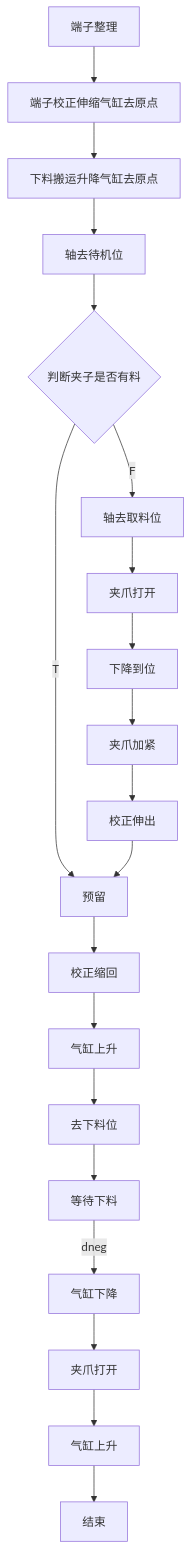
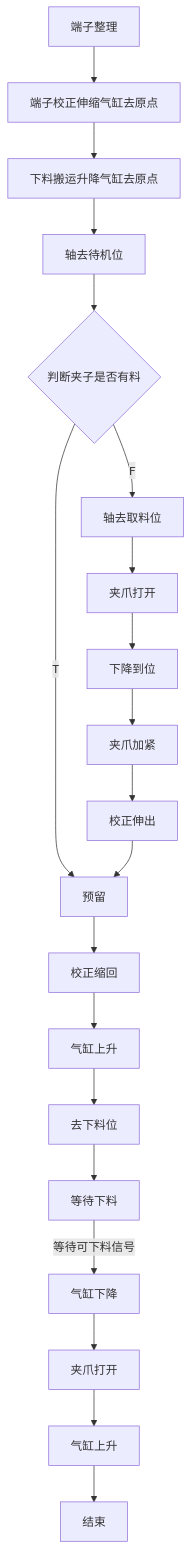
One commit to zmq000/iodraw-files changed the diagram in all/VR-OP90端子整理.md. Above: the diagram before and after it, drawn with Mermaid.

Commit message:
2026-06-18 11:04:33 update

````diff
--- a/all/VR-OP90端子整理.md
+++ b/all/VR-OP90端子整理.md
@@ -1,26 +1,26 @@
 ```mermaid
 graph TD
 0[端子整理]-->10
 10[端子校正伸缩气缸去原点]-->20
 20[下料搬运升降气缸去原点]-->30
 30[轴去待机位]-->40
 40{判断夹子是否有料}-->|T|100
 40-->|F|50
 50[轴去取料位]-->60
 60[夹爪打开]-->70
 70[下降到位]-->80
 80[夹爪加紧]-->90
 90[校正伸出]-->100
 100[预留]-->110
 110[校正缩回]-->120
 120[气缸上升]-->130
 130[去下料位]-->140
-140[等待下料]-->|dneg|150
+140[等待下料]-->|等待可下料信号|150
 150[气缸下降]-->160
 160[夹爪打开]-->170
 170[气缸上升]-->180
 180[结束]
 
 
   
 ```
````
